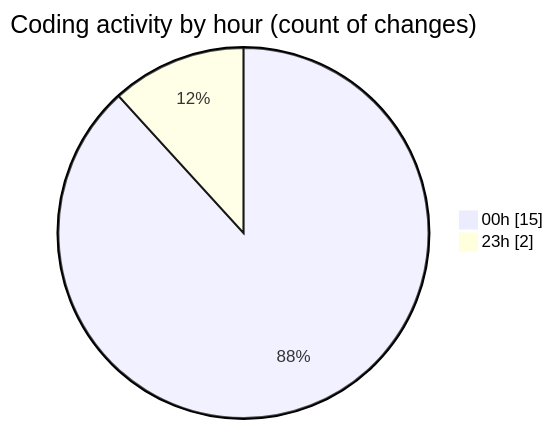
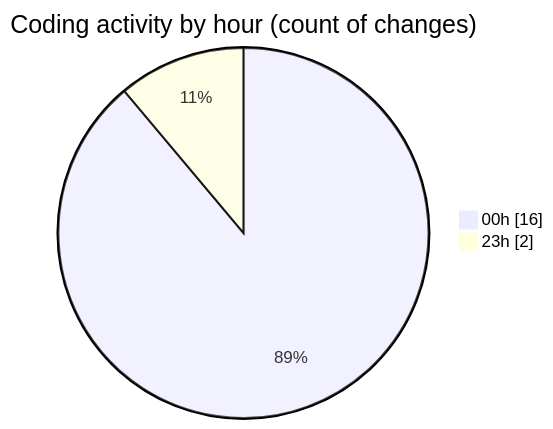
Before and after one commit to lephambinh05/code-tracking: the second of 2 diagrams in 2025-08-19/rentotp/README.md, drawn with Mermaid. The commit also changed other lines of this file and 1 other file, not shown here.

````diff
--- a/2025-08-19/rentotp/README.md
+++ b/2025-08-19/rentotp/README.md
@@ -33,6 +33,6 @@
 ```mermaid
 pie showData
 title Coding activity by hour (count of changes)
-"00h" : 15
+"00h" : 16
 "23h" : 2
 ```
````
